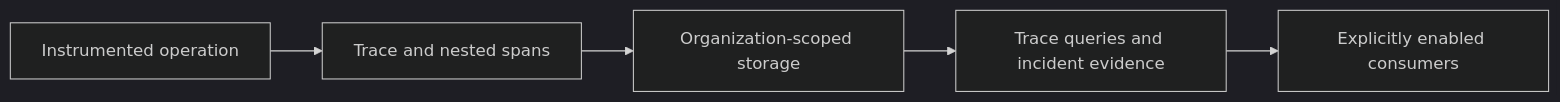
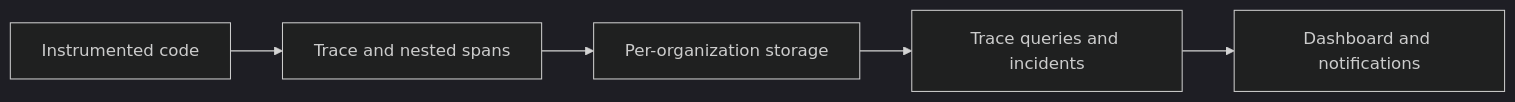
One commit to asquitt/agent-trace changed the diagram in README.md. Above: the diagram before and after it, drawn with Mermaid (dark theme). The commit also changed other lines of this file, not shown here.

````diff
--- a/README.md
+++ b/README.md
@@ -20,7 +26,7 @@
 ```mermaid
 flowchart LR
-    A[Instrumented operation] --> B[Trace and nested spans]
-    B --> C[Organization-scoped storage]
-    C --> D[Trace queries and incident evidence]
-    D --> E[Explicitly enabled consumers]
+    A[Instrumented code] --> B[Trace and nested spans]
+    B --> C[Per-organization storage]
+    C --> D[Trace queries and incidents]
+    D --> E[Dashboard and notifications]
 ```
````
